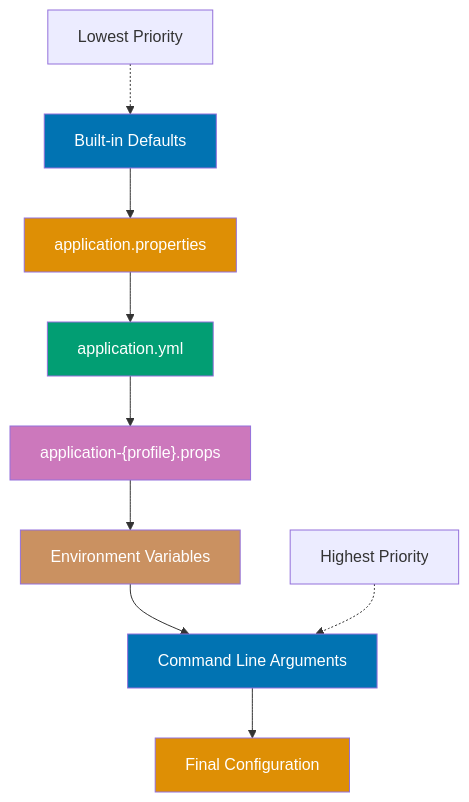
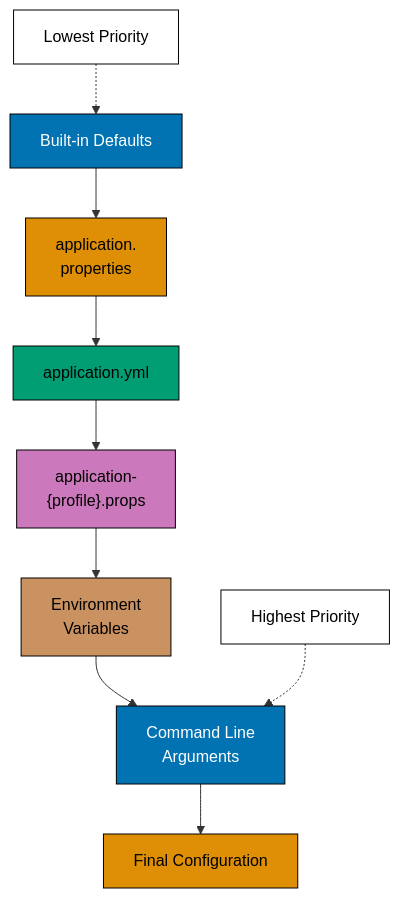
The ninth of 10 diagrams in apps/ayokoding-www/content/en/learn/legacy/software-engineering/platforms/web/tools/jvm-spring-boot/by-example/beginner.md (wahidyankf/ose-public), drawn with Mermaid before and after one commit. The commit also changed other lines of this file and 130 other files, not shown here.

First line of the commit message:
fix(mermaid): bring the legacy platforms diagrams onto the accessible palette

````diff
--- a/apps/ayokoding-www/content/en/learn/legacy/software-engineering/platforms/web/tools/jvm-spring-boot/by-example/beginner.md
+++ b/apps/ayokoding-www/content/en/learn/legacy/software-engineering/platforms/web/tools/jvm-spring-boot/by-example/beginner.md
@@ -2933,21 +2987,29 @@
 ```mermaid
 %% Color Palette: Blue #0173B2, Orange #DE8F05, Teal #029E73, Purple #CC78BC, Brown #CA9161
 graph TD
-    Defaults["Built-in Defaults"] --> AppProps["application.properties"]
+    accTitle: Spring Boot auto-configuration properties work same in Kotlin
+    accDescr: Graph with 9 nodes and 8 connections. Nodes: Built-in Defaults, application. properties, application.yml, application- profile.props, Environment Variables, Command Line Arguments, Final Configuration, Lowest Priority, Highest Priority. Connections: Built-in Defaults to application. properties, application. properties to application.yml, application.yml to application- profile.props, application- profile.props to Environment Variables, Environment Variables to Command Line Arguments, Command Line Arguments to Final Configuration, Lowest Priority to Built-in Defaults, Highest Priority to Command Line Arguments.
+    Defaults["Built-in Defaults"] --> AppProps["application.<br/>properties"]
     AppProps --> AppYml["application.yml"]
-    AppYml --> ProfileProps["application-{profile}.props"]
-    ProfileProps --> EnvVars["Environment Variables"]
-    EnvVars --> CmdArgs["Command Line Arguments"]
+    AppYml --> ProfileProps["application-<br/>{profile}.props"]
+    ProfileProps --> EnvVars["Environment<br/>Variables"]
+    EnvVars --> CmdArgs["Command Line<br/>Arguments"]
     CmdArgs --> FinalConfig["Final Configuration"]
 
     Note1["Lowest Priority"] -.-> Defaults
     Note2["Highest Priority"] -.-> CmdArgs
 
-    style Defaults fill:#0173B2,color:#fff
-    style AppProps fill:#DE8F05,color:#fff
-    style AppYml fill:#029E73,color:#fff
-    style ProfileProps fill:#CC78BC,color:#fff
-    style EnvVars fill:#CA9161,color:#fff
-    style CmdArgs fill:#0173B2,color:#fff
-    style FinalConfig fill:#DE8F05,color:#fff
+    classDef pal-0173B2 fill:#0173B2,stroke:#000000,color:#FFFFFF
+    class Defaults pal-0173B2
+    classDef pal-DE8F05 fill:#DE8F05,stroke:#000000,color:#000000
+    class AppProps pal-DE8F05
+    classDef pal-029E73 fill:#029E73,stroke:#000000,color:#000000
+    class AppYml pal-029E73
+    classDef pal-CC78BC fill:#CC78BC,stroke:#000000,color:#000000
+    class ProfileProps pal-CC78BC
+    classDef pal-CA9161 fill:#CA9161,stroke:#000000,color:#000000
+    class EnvVars pal-CA9161
+    class CmdArgs pal-0173B2
+    class FinalConfig pal-DE8F05
+    classDef default fill:#FFFFFF,stroke:#000000,color:#000000
 ```
````
